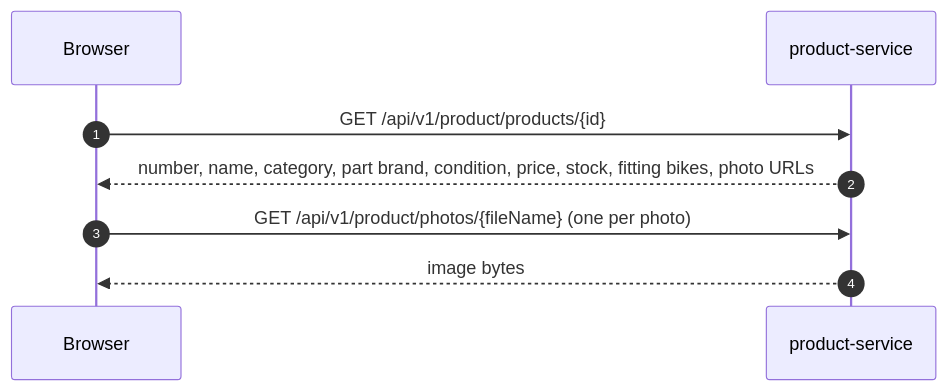
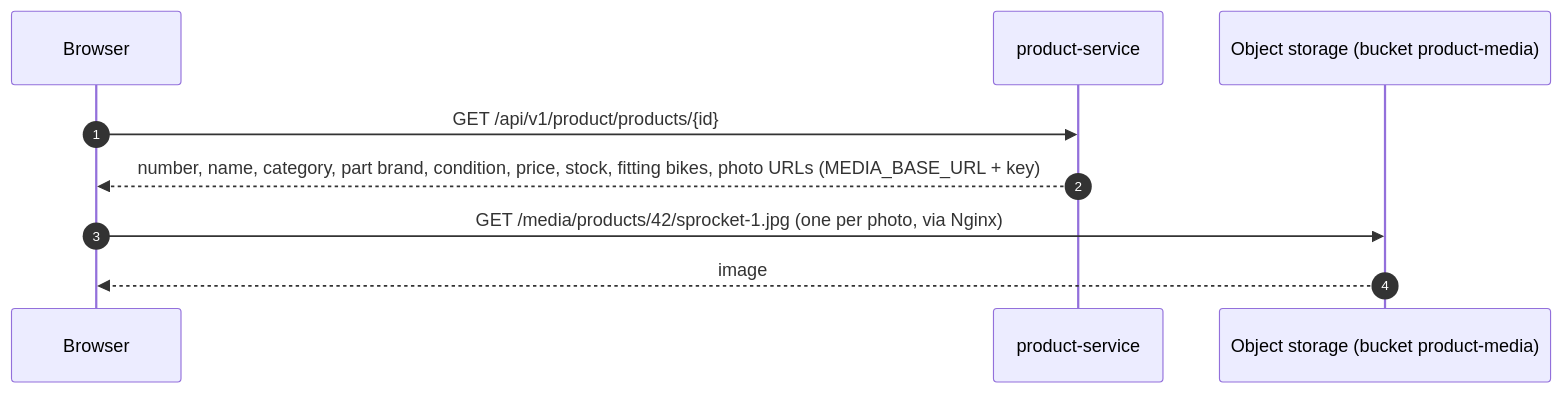
One commit to MotoXpress-wicky/infrastructure changed the third of 4 diagrams in docs/mvp/06-dynamic/browse.md. Above: the diagram before and after it, drawn with Mermaid. The commit also changed 17 other files, not shown here.

First line of the commit message:
docs(mvp): update design for environments, object storage and CI/CD

````diff
--- a/docs/mvp/06-dynamic/browse.md
+++ b/docs/mvp/06-dynamic/browse.md
@@ -43,11 +43,12 @@
 ```mermaid
 sequenceDiagram
     autonumber
     participant B as Browser
     participant P as product-service
+    participant S as Object storage (bucket product-media)
 
     B->>P: GET /api/v1/product/products/{id}
-    P-->>B: number, name, category, part brand, condition, price, stock, fitting bikes, photo URLs
-    B->>P: GET /api/v1/product/photos/{fileName} (one per photo)
-    P-->>B: image bytes
+    P-->>B: number, name, category, part brand, condition, price, stock, fitting bikes, photo URLs (MEDIA_BASE_URL + key)
+    B->>S: GET /media/products/42/sprocket-1.jpg (one per photo, via Nginx)
+    S-->>B: image
 ```
````
